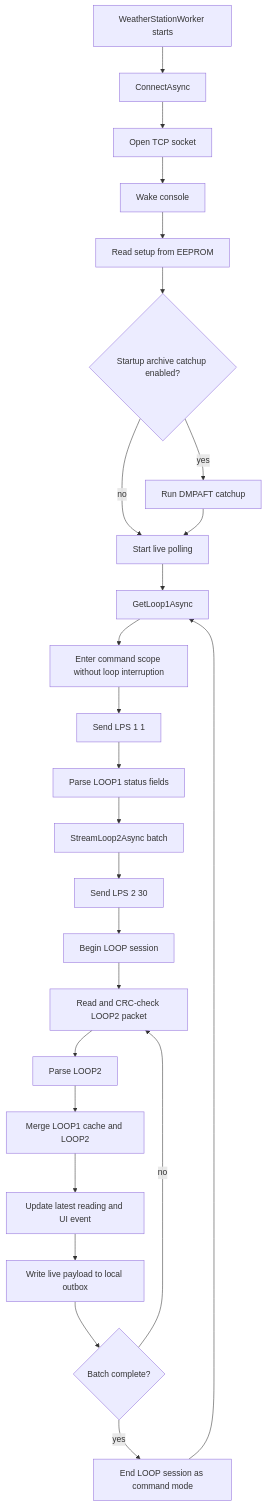
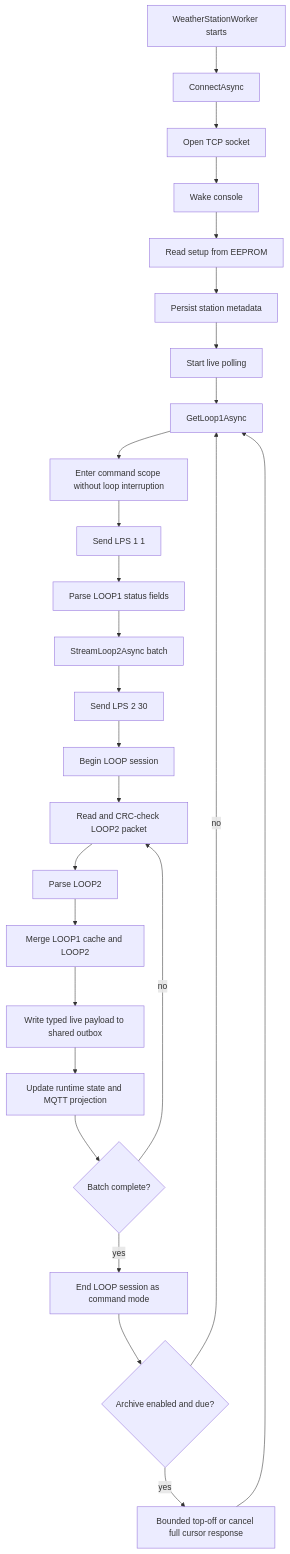
The first of 4 diagrams in docs/gateways/davis-vantage-pro2/hvo-implementation.md (HualapaiValley/HVO.WebSite), drawn with Mermaid before and after one commit. The commit also changed other lines of this file and 71 other files, not shown here.

````diff
--- a/docs/gateways/davis-vantage-pro2/hvo-implementation.md
+++ b/docs/gateways/davis-vantage-pro2/hvo-implementation.md
@@ -215,27 +221,28 @@
 ```mermaid
 flowchart TD
     A[WeatherStationWorker starts] --> B[ConnectAsync]
     B --> C[Open TCP socket]
     C --> D[Wake console]
     D --> E[Read setup from EEPROM]
-    E --> F{Startup archive catchup enabled?}
-    F -- yes --> G[Run DMPAFT catchup]
-    F -- no --> H[Start live polling]
-    G --> H
+    E --> F[Persist station metadata]
+    F --> H[Start live polling]
     H --> I[GetLoop1Async]
     I --> J[Enter command scope without loop interruption]
     J --> K[Send LPS 1 1]
     K --> L[Parse LOOP1 status fields]
     L --> M[StreamLoop2Async batch]
     M --> N[Send LPS 2 30]
     N --> O[Begin LOOP session]
     O --> P[Read and CRC-check LOOP2 packet]
     P --> Q[Parse LOOP2]
     Q --> R[Merge LOOP1 cache and LOOP2]
-    R --> S[Update latest reading and UI event]
-    S --> T[Write live payload to local outbox]
-    T --> U{Batch complete?}
+    R --> T[Write typed live payload to shared outbox]
+    T --> S[Update runtime state and MQTT projection]
+    S --> U{Batch complete?}
     U -- no --> P
     U -- yes --> V[End LOOP session as command mode]
-    V --> I
+    V --> W{Archive enabled and due?}
+    W -- yes --> X[Bounded top-off or cancel full cursor response]
+    X --> I
+    W -- no --> I
 ```
````
